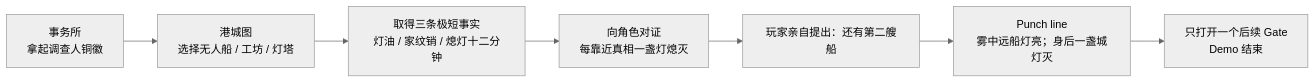
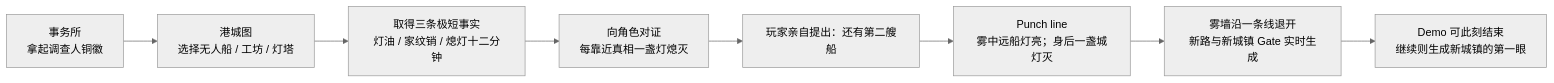
One commit to LudicDynamics/hackathon changed the fourth of 9 diagrams in docs/doc-24-五世界可玩Demo体验设计.md. Above: the diagram before and after it, drawn with Mermaid (neutral theme). The commit also changed other lines of this file, not shown here.

Commit message:
docs: 明确五世界主视图与雾外生长

````diff
--- a/docs/doc-24-五世界可玩Demo体验设计.md
+++ b/docs/doc-24-五世界可玩Demo体验设计.md
@@ -118,9 +157,10 @@
 ```mermaid
 flowchart LR
     A["事务所<br/>拿起调查人铜徽"] --> B["港城图<br/>选择无人船 / 工坊 / 灯塔"]
     B --> C["取得三条极短事实<br/>灯油 / 家纹销 / 熄灯十二分钟"]
     C --> D["向角色对证<br/>每靠近真相一盏灯熄灭"]
     D --> E["玩家亲自提出：还有第二艘船"]
     E --> F["Punch line<br/>雾中远船灯亮；身后一盏城灯灭"]
-    F --> G["只打开一个后续 Gate<br/>Demo 结束"]
+    F --> G["雾墙沿一条线退开<br/>新路与新城镇 Gate 实时生成"]
+    G --> H["Demo 可此刻结束<br/>继续则生成新城镇的第一眼"]
 ```
````
